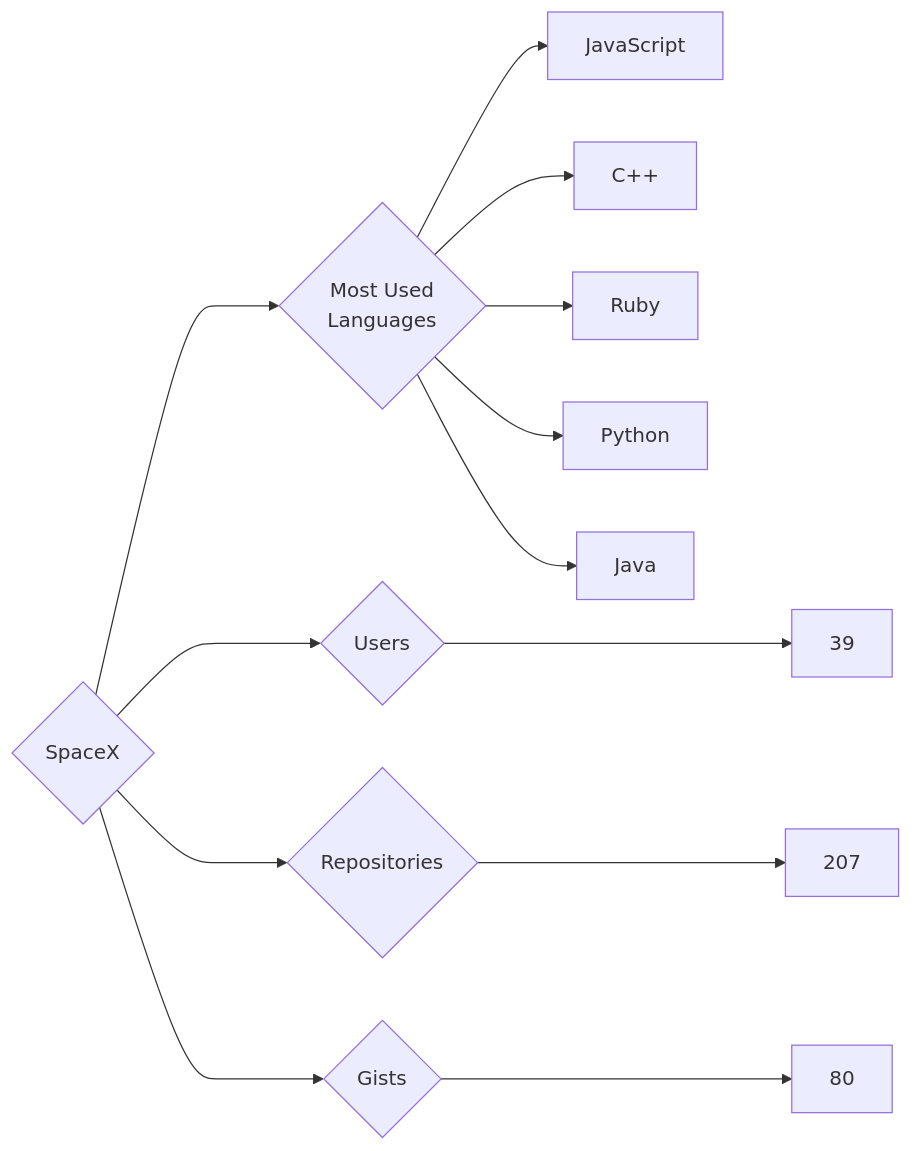
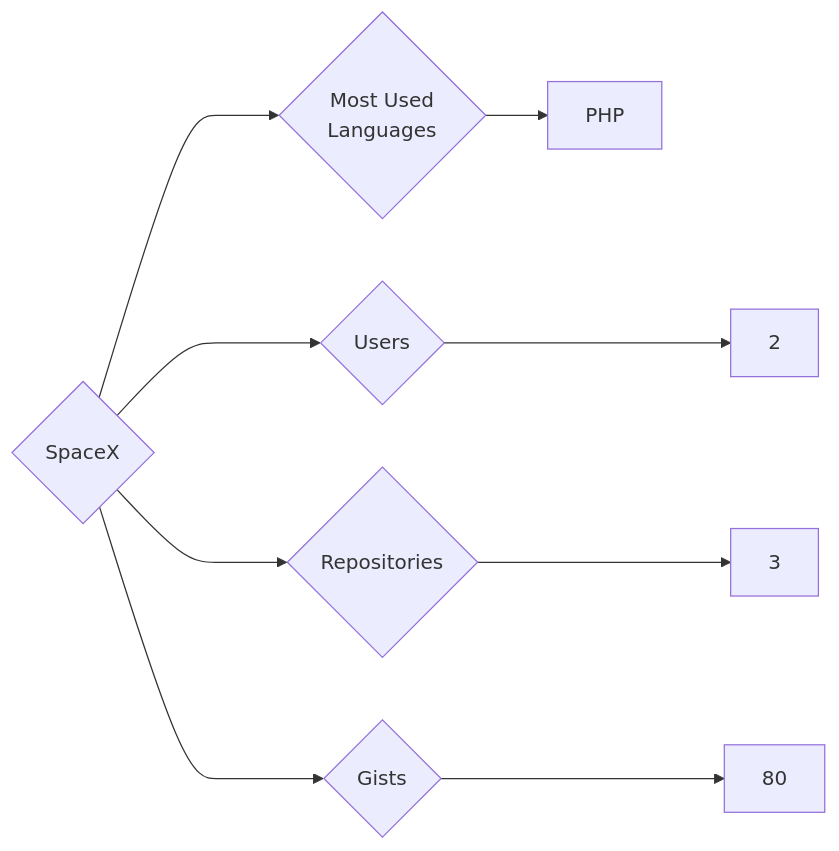
Before and after one commit to trickest/insiders: the diagram in targets/SpaceX/README.md, drawn with Mermaid. The commit also changed 799 other files, not shown here.

````diff
--- a/targets/SpaceX/README.md
+++ b/targets/SpaceX/README.md
@@ -3,13 +3,9 @@
 ```mermaid
 graph LR
 COMPANY_NAME{SpaceX}
-COMPANY_NAME ---> U{Users} ---> UN[39]
-COMPANY_NAME ---> R{Repositories} ---> RN[207]
+COMPANY_NAME ---> U{Users} ---> UN[2]
+COMPANY_NAME ---> R{Repositories} ---> RN[3]
 COMPANY_NAME ---> G{Gists} ---> GN[80]
 COMPANY_NAME ---> ML{Most Used<br>Languages}
-ML --> JavaScript[JavaScript]
-ML --> C++[C++]
-ML --> Ruby[Ruby]
-ML --> Python[Python]
-ML --> Java[Java]
+ML --> PHP[PHP]
 ```
````
